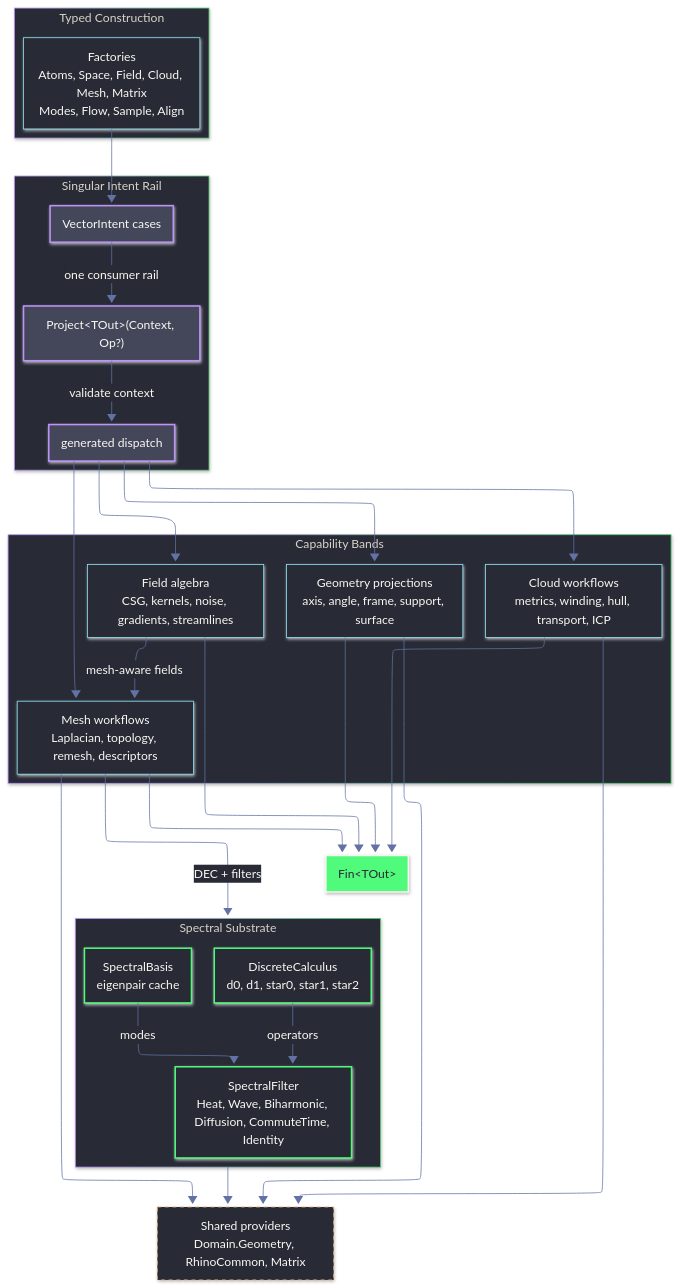
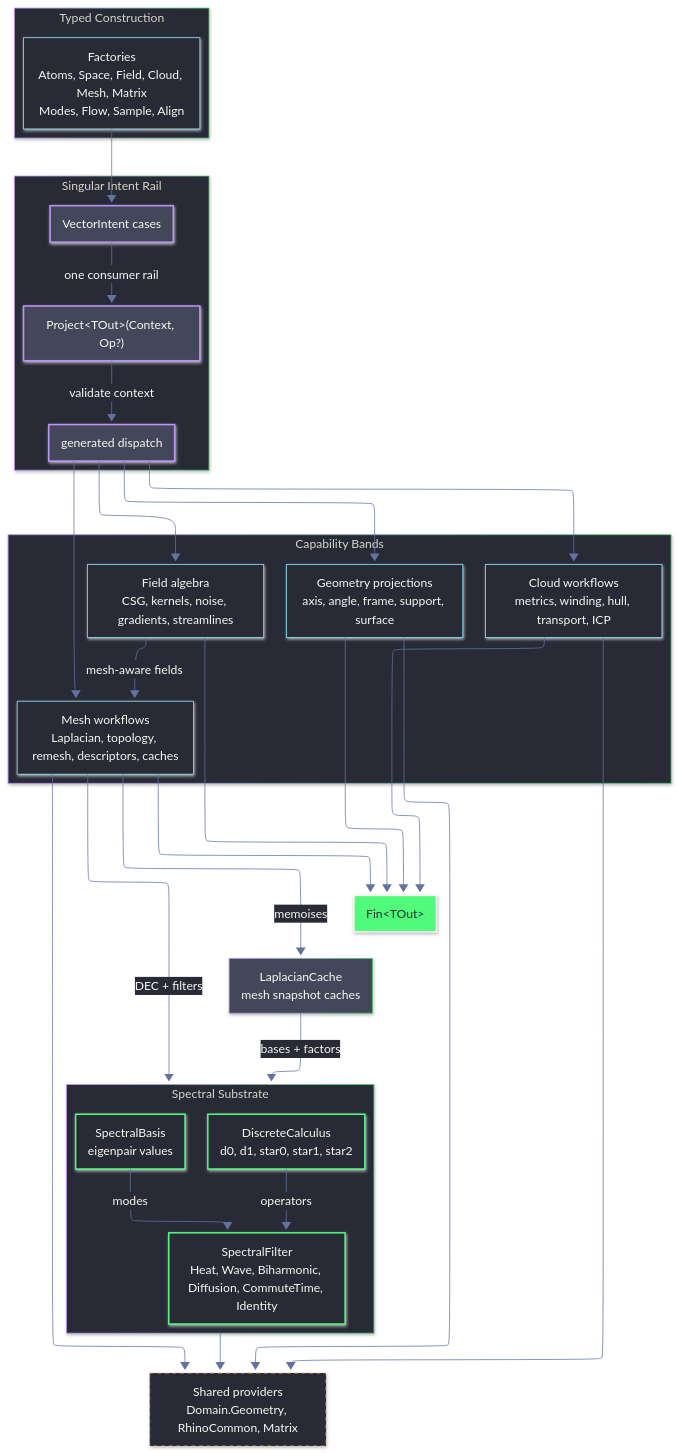
The diagram in libs/csharp/Rasm/Vectors/_ARCHITECTURE.md (bsamiee/Rasm), drawn with Mermaid before and after one commit. The commit also changed other lines of this file, not shown here.

Commit message:
docs(vectors): tighten architecture precision

````diff
--- a/libs/csharp/Rasm/Vectors/_ARCHITECTURE.md
+++ b/libs/csharp/Rasm/Vectors/_ARCHITECTURE.md
@@ -5,78 +5,82 @@
 ```mermaid
 ---
 config:
   layout: elk
   look: neo
   theme: base
   themeVariables:
     background: "#282a36"
     primaryColor: "#44475a"
     primaryTextColor: "#f8f8f2"
     primaryBorderColor: "#bd93f9"
     lineColor: "#6272a4"
     secondaryColor: "#50fa7b"
     tertiaryColor: "#282a36"
     clusterBkg: "#282a36"
     clusterBorder: "#6272a4"
     edgeLabelBackground: "#282a36"
 ---
 flowchart TB
     accTitle: Rasm.Vectors projection rail with spectral substrate
-    accDescr: Factories build typed vector values and VectorIntent cases. Project validates context, dispatches to owning vector modules, and returns Fin of the requested output. Spectral.cs holds DEC operators, eigenpair cache, and spectral filter algebra shared by Mesh and Field.
+    accDescr: Factories build typed vector values and VectorIntent cases. Project validates context, dispatches to owning vector modules, and returns Fin of the requested output. Spectral.cs holds DEC operators, spectral basis values, and spectral filter algebra shared by Mesh and Field; Mesh-owned LaplacianCache memoises per-mesh bases and factors.
 
     subgraph Build["Typed Construction"]
         Factories["Factories<br/>Atoms, Space, Field, Cloud, Mesh, Matrix<br/>Modes, Flow, Sample, Align"]
     end
 
     subgraph Rail["Singular Intent Rail"]
         direction LR
         Intent["VectorIntent cases"]
         Project["Project&lt;TOut&gt;(Context, Op?)"]
         Dispatch["generated dispatch"]
         Intent -->|one consumer rail| Project
         Project -->|validate context| Dispatch
     end
 
     subgraph Bands["Capability Bands"]
         direction LR
         Geometry["Geometry projections<br/>axis, angle, frame, support, surface"]
         FieldBand["Field algebra<br/>CSG, kernels, noise, gradients, streamlines"]
         CloudBand["Cloud workflows<br/>metrics, winding, hull, transport, ICP"]
-        MeshBand["Mesh workflows<br/>Laplacian, topology, remesh, descriptors"]
+        MeshBand["Mesh workflows<br/>Laplacian, topology, remesh, descriptors, caches"]
     end
 
     subgraph Spectral["Spectral Substrate"]
         direction LR
         Dec["DiscreteCalculus<br/>d0, d1, star0, star1, star2"]
-        Basis["SpectralBasis<br/>eigenpair cache"]
+        Basis["SpectralBasis<br/>eigenpair values"]
         Filter["SpectralFilter<br/>Heat, Wave, Biharmonic, Diffusion, CommuteTime, Identity"]
         Dec -->|operators| Filter
         Basis -->|modes| Filter
     end
 
     Providers["Shared providers<br/>Domain.Geometry, RhinoCommon, Matrix"]
 
     Factories --> Intent
     Dispatch --> Geometry
     Dispatch --> FieldBand
     Dispatch --> CloudBand
     Dispatch --> MeshBand
 
+    MeshCache["LaplacianCache<br/>mesh snapshot caches"]
+
     FieldBand -->|mesh-aware fields| MeshBand
+    MeshBand -->|memoises| MeshCache
+    MeshCache -->|bases + factors| Spectral
     MeshBand -->|DEC + filters| Spectral
     Spectral --> Providers
     Geometry & CloudBand & MeshBand --> Providers
 
     Geometry & FieldBand & CloudBand & MeshBand --> Result["Fin&lt;TOut&gt;"]
 
     classDef rail fill:#44475a,stroke:#bd93f9,color:#f8f8f2,stroke-width:2px
     classDef owner fill:#282a36,stroke:#8be9fd,color:#f8f8f2
     classDef spectral fill:#282a36,stroke:#50fa7b,color:#f8f8f2,stroke-width:2px
     classDef provider fill:#282a36,stroke:#ffb86c,color:#f8f8f2,stroke-dasharray:5\,5
     classDef result fill:#50fa7b,stroke:#f8f8f2,color:#282a36,stroke-width:2px
     class Intent,Project,Dispatch rail
     class Factories,Geometry,FieldBand,CloudBand,MeshBand owner
     class Dec,Basis,Filter spectral
     class Providers provider
     class Result result
 ```
````
